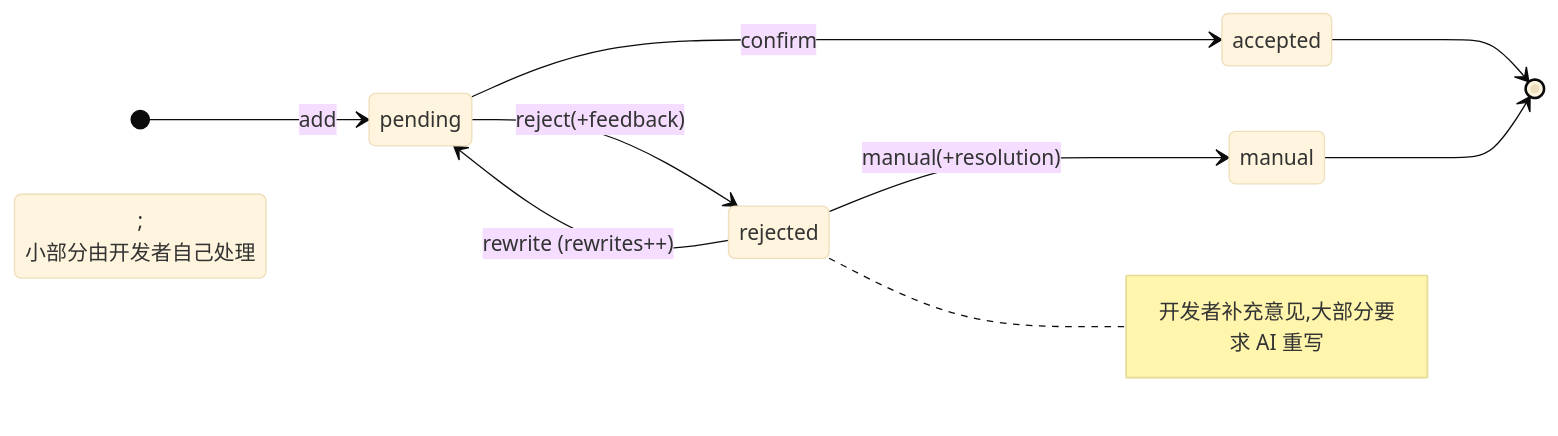
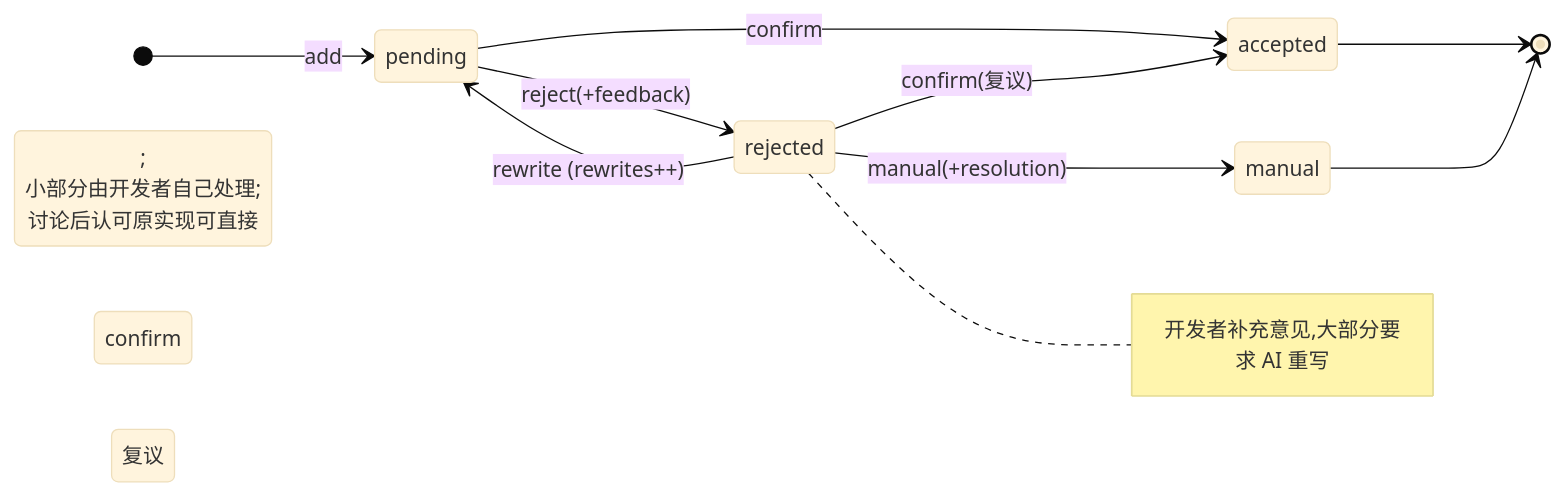
The ninth of 15 diagrams in opencode-session-mgmt/docs/session-management.md (wonglaitung/opencode), drawn with Mermaid (base theme) before and after one commit. The commit also changed other lines of this file and 14 other files, not shown here.

````diff
--- a/opencode-session-mgmt/docs/session-management.md
+++ b/opencode-session-mgmt/docs/session-management.md
@@ -541,12 +541,13 @@
 ```mermaid
 stateDiagram-v2
     direction LR
     [*] --> pending: add
     pending --> accepted: confirm
     pending --> rejected: reject(+feedback)
     rejected --> pending: rewrite (rewrites++)
+    rejected --> accepted: confirm(复议)
     rejected --> manual: manual(+resolution)
     accepted --> [*]
     manual --> [*]
-    note right of rejected : 开发者补充意见,大部分要求 AI 重写;<br/>小部分由开发者自己处理
+    note right of rejected : 开发者补充意见,大部分要求 AI 重写;<br/>小部分由开发者自己处理;<br/>讨论后认可原实现可直接 confirm 复议
 ```
````
